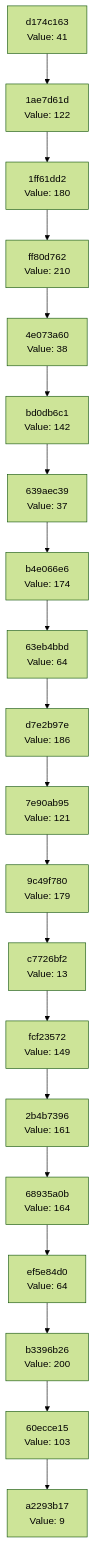
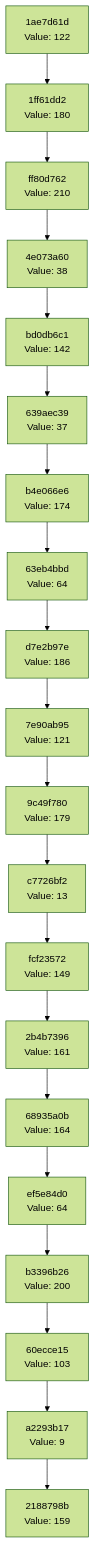
One commit to Abhisheksinha1506/hash-chain-evolver changed the diagram in docs/CHAIN_VISUALIZATION.md. Above: the diagram before and after it, drawn with Mermaid (forest theme). The commit also changed 1 other file, not shown here.

Commit message:
Evolution step: hash 0x9F → action executed

````diff
--- a/docs/CHAIN_VISUALIZATION.md
+++ b/docs/CHAIN_VISUALIZATION.md
@@ -3,42 +3,42 @@
 ```mermaid
 graph TD
-    C0["a2293b17<br/>Value: 9"]
-    C1["60ecce15<br/>Value: 103"]
+    C0["2188798b<br/>Value: 159"]
+    C1["a2293b17<br/>Value: 9"]
     C1 --> C0
-    C2["b3396b26<br/>Value: 200"]
+    C2["60ecce15<br/>Value: 103"]
     C2 --> C1
-    C3["ef5e84d0<br/>Value: 64"]
+    C3["b3396b26<br/>Value: 200"]
     C3 --> C2
-    C4["68935a0b<br/>Value: 164"]
+    C4["ef5e84d0<br/>Value: 64"]
     C4 --> C3
-    C5["2b4b7396<br/>Value: 161"]
+    C5["68935a0b<br/>Value: 164"]
     C5 --> C4
-    C6["fcf23572<br/>Value: 149"]
+    C6["2b4b7396<br/>Value: 161"]
     C6 --> C5
-    C7["c7726bf2<br/>Value: 13"]
+    C7["fcf23572<br/>Value: 149"]
     C7 --> C6
-    C8["9c49f780<br/>Value: 179"]
+    C8["c7726bf2<br/>Value: 13"]
     C8 --> C7
-    C9["7e90ab95<br/>Value: 121"]
+    C9["9c49f780<br/>Value: 179"]
     C9 --> C8
-    C10["d7e2b97e<br/>Value: 186"]
+    C10["7e90ab95<br/>Value: 121"]
     C10 --> C9
-    C11["63eb4bbd<br/>Value: 64"]
+    C11["d7e2b97e<br/>Value: 186"]
     C11 --> C10
-    C12["b4e066e6<br/>Value: 174"]
+    C12["63eb4bbd<br/>Value: 64"]
     C12 --> C11
-    C13["639aec39<br/>Value: 37"]
+    C13["b4e066e6<br/>Value: 174"]
     C13 --> C12
-    C14["bd0db6c1<br/>Value: 142"]
+    C14["639aec39<br/>Value: 37"]
     C14 --> C13
-    C15["4e073a60<br/>Value: 38"]
+    C15["bd0db6c1<br/>Value: 142"]
     C15 --> C14
-    C16["ff80d762<br/>Value: 210"]
+    C16["4e073a60<br/>Value: 38"]
     C16 --> C15
-    C17["1ff61dd2<br/>Value: 180"]
+    C17["ff80d762<br/>Value: 210"]
     C17 --> C16
-    C18["1ae7d61d<br/>Value: 122"]
+    C18["1ff61dd2<br/>Value: 180"]
     C18 --> C17
-    C19["d174c163<br/>Value: 41"]
+    C19["1ae7d61d<br/>Value: 122"]
     C19 --> C18
 ```
````
